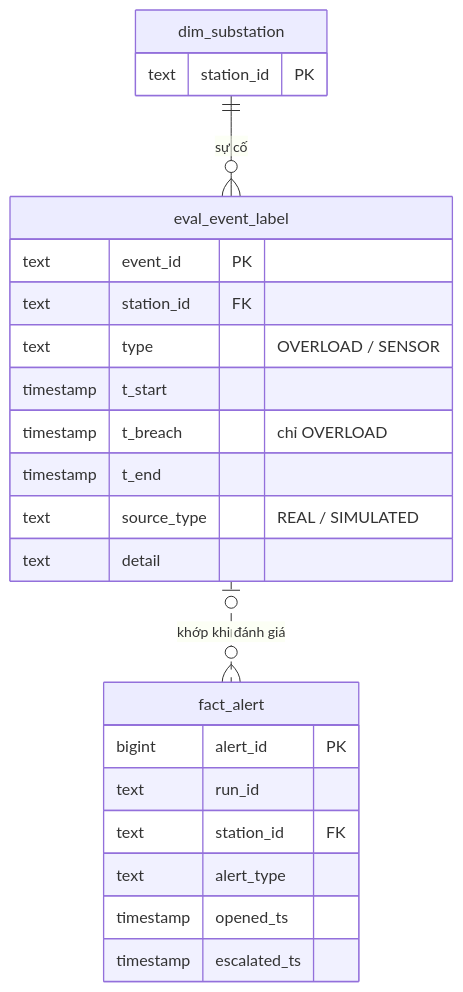
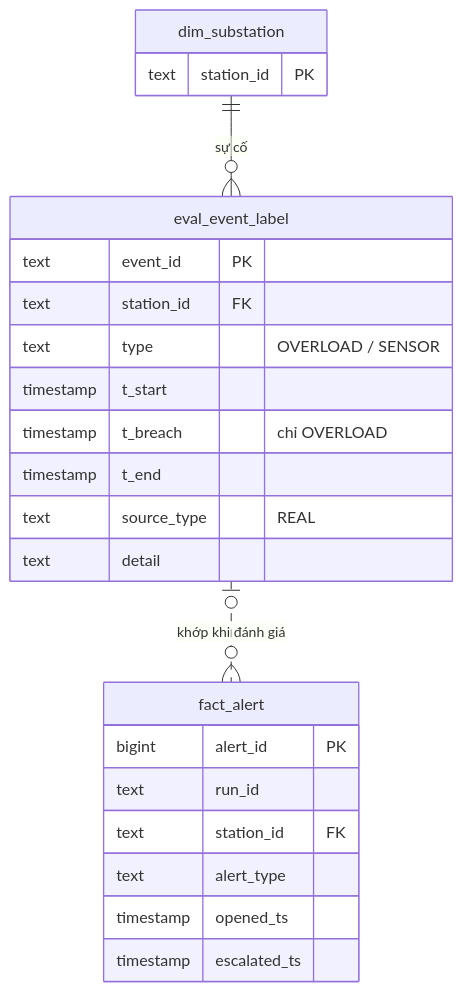
Before and after one commit to CkoThuw11/Energy-IoT-Obs-System: the fourth of 5 diagrams in docs/erd.md, drawn with Mermaid. The commit also changed other lines of this file and 100 other files, not shown here.

````diff
--- a/docs/erd.md
+++ b/docs/erd.md
@@ -226,27 +222,27 @@
 ```mermaid
 erDiagram
     dim_substation {
         text station_id PK
     }
     eval_event_label {
         text event_id PK
         text station_id FK
         text type "OVERLOAD / SENSOR"
         timestamp t_start
         timestamp t_breach "chỉ OVERLOAD"
         timestamp t_end
-        text source_type "REAL / SIMULATED"
+        text source_type "REAL"
         text detail
     }
     fact_alert {
         bigint alert_id PK
         text run_id
         text station_id FK
         text alert_type
         timestamp opened_ts
         timestamp escalated_ts
     }
 
     dim_substation ||--o{ eval_event_label : "sự cố"
     eval_event_label |o..o{ fact_alert : "khớp khi đánh giá"
 ```
````
